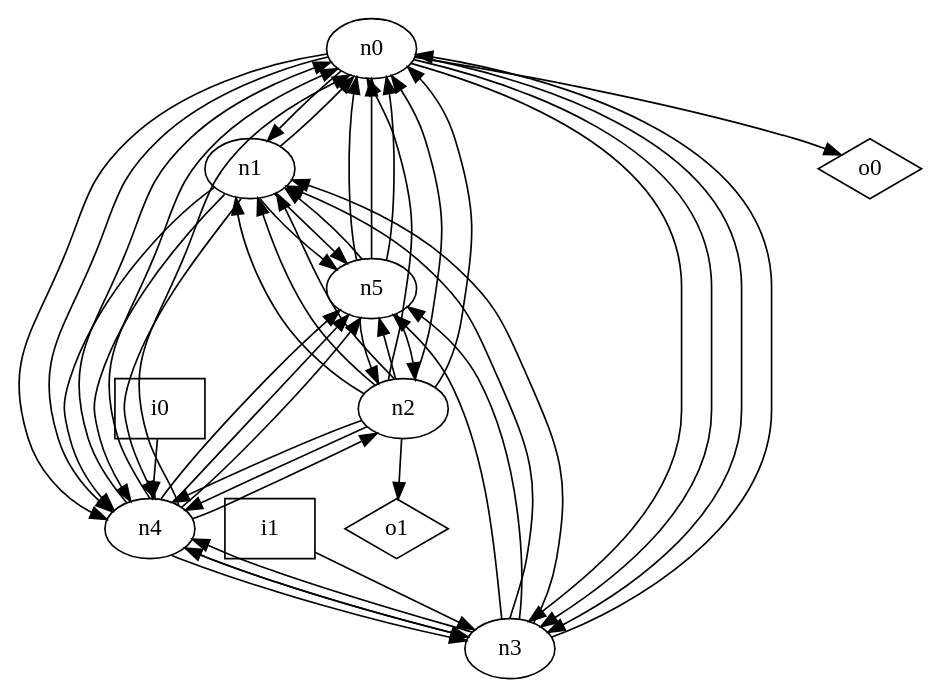
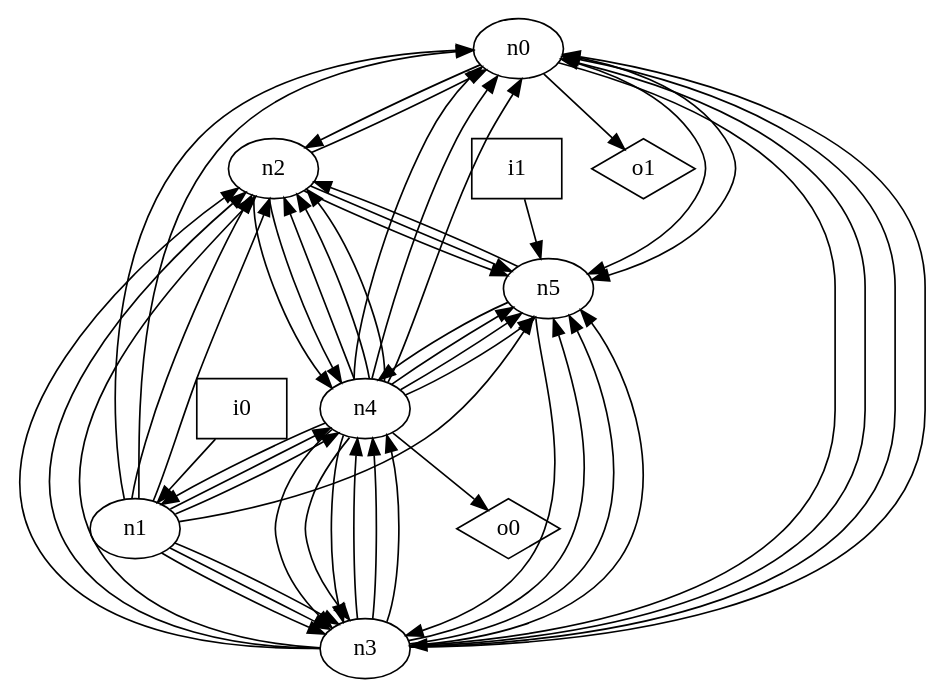
The diagram in dot_files/random/random_loop_free_graph.dot (p9romain/bool-circuits), drawn with Graphviz before and after one commit. The commit also changed 28 other files, not shown here.

```diff
--- a/dot_files/random/random_loop_free_graph.dot
+++ b/dot_files/random/random_loop_free_graph.dot
@@ -1,59 +1,63 @@
 digraph G {
 n0 [label="n0"];
 n1 [label="n1"];
 n2 [label="n2"];
 n3 [label="n3"];
 n4 [label="n4"];
 n5 [label="n5"];
 n6 [label="i0",shape="box"];
 n7 [label="i1",shape="box"];
 n8 [label="o0",shape="diamond"];
 n9 [label="o1",shape="diamond"];
-n0 -> n1
+n0 -> n2
 n0 -> n3
-n0 -> n3
-n0 -> n3
-n0 -> n4
-n0 -> n4
-n0 -> n8
+n0 -> n5
+n0 -> n5
+n0 -> n9
 n1 -> n0
-n1 -> n4
+n1 -> n0
+n1 -> n2
+n1 -> n2
+n1 -> n3
+n1 -> n3
+n1 -> n3
 n1 -> n4
 n1 -> n4
 n1 -> n5
-n1 -> n5
 n2 -> n0
-n2 -> n0
-n2 -> n0
-n2 -> n1
-n2 -> n1
-n2 -> n1
 n2 -> n4
 n2 -> n4
 n2 -> n5
-n2 -> n9
+n2 -> n5
 n3 -> n0
-n3 -> n1
-n3 -> n1
+n3 -> n0
+n3 -> n0
+n3 -> n2
+n3 -> n2
+n3 -> n2
 n3 -> n4
 n3 -> n4
+n3 -> n4
+n3 -> n5
 n3 -> n5
 n3 -> n5
 n4 -> n0
 n4 -> n0
 n4 -> n0
+n4 -> n1
 n4 -> n2
+n4 -> n2
+n4 -> n2
+n4 -> n3
 n4 -> n3
 n4 -> n3
 n4 -> n5
 n4 -> n5
 n4 -> n5
-n5 -> n0
-n5 -> n0
-n5 -> n0
-n5 -> n1
+n4 -> n8
 n5 -> n2
-n5 -> n2
-n6 -> n4
-n7 -> n3
+n5 -> n3
+n5 -> n4
+n6 -> n1
+n7 -> n5
 }
```
